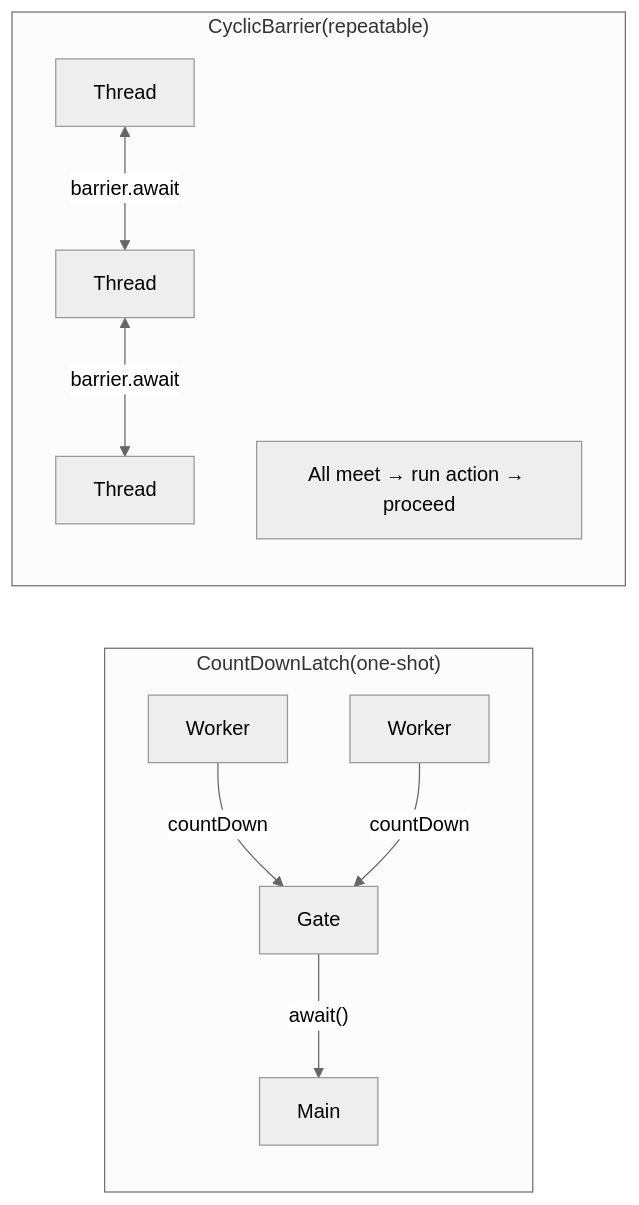
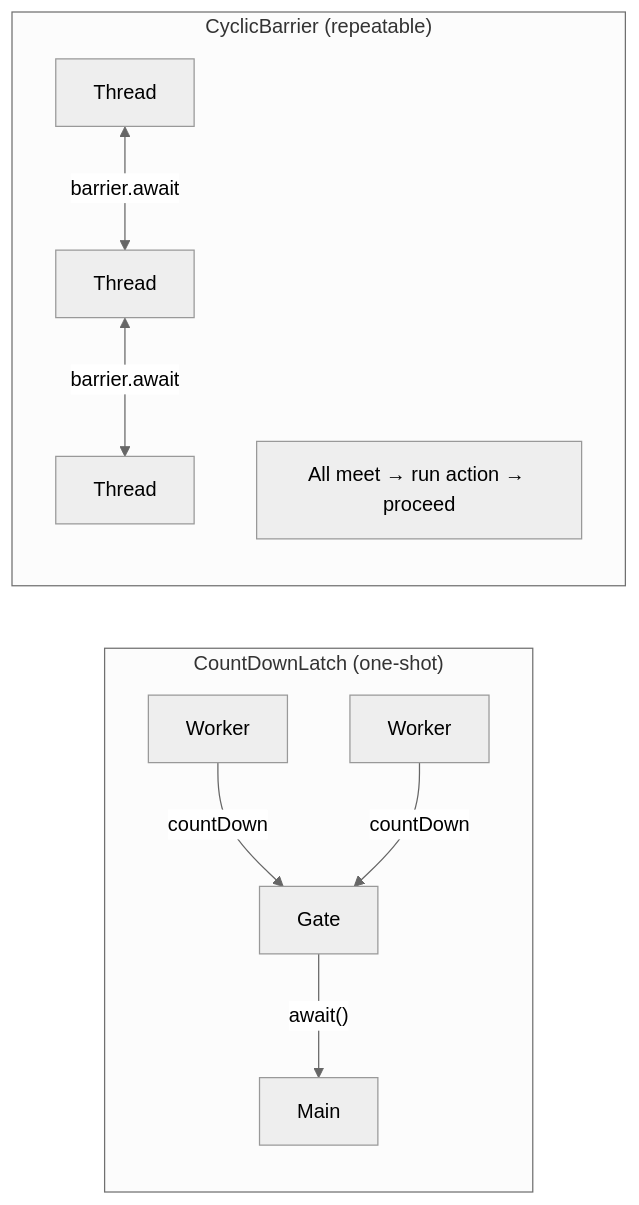
One commit to pploc/swe-icon-the-moment changed the diagram in content/questions/fundamentals/synchronizer-barriers.md. Above: the diagram before and after it, drawn with Mermaid (neutral theme). The commit also changed 95 other files, not shown here.

Commit message:
fix: update the practice mode diagram bug not display

````diff
--- a/content/questions/fundamentals/synchronizer-barriers.md
+++ b/content/questions/fundamentals/synchronizer-barriers.md
@@ -56,16 +56,17 @@
 ```mermaid
 flowchart LR
-    subgraph Latch["CountDownLatch(one-shot)"]
+    subgraph Latch ["CountDownLatch (one-shot)"]
         W1["Worker"] --> |countDown| Gate
         W2["Worker"] --> |countDown| Gate
         Gate -->|"await()"| Main
     end
-    subgraph Barrier["CyclicBarrier(repeatable)"]
+    subgraph Barrier ["CyclicBarrier (repeatable)"]
         P1["Thread"] <-->|barrier.await| P2["Thread"]
         P2 <-->|barrier.await| P3["Thread"]
         Note["All meet → run action → proceed"]
     end
 
 
 
+
 ```
````
